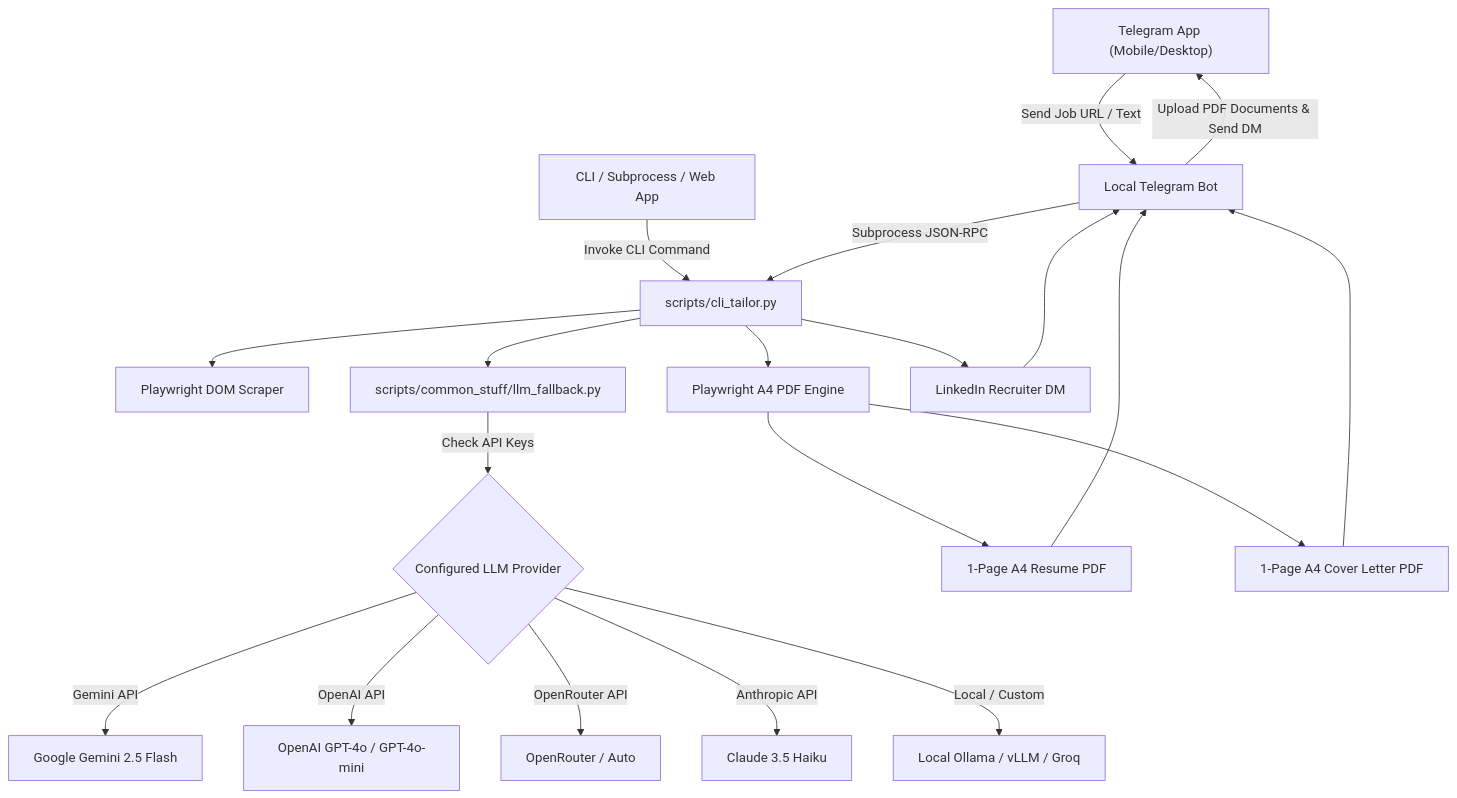
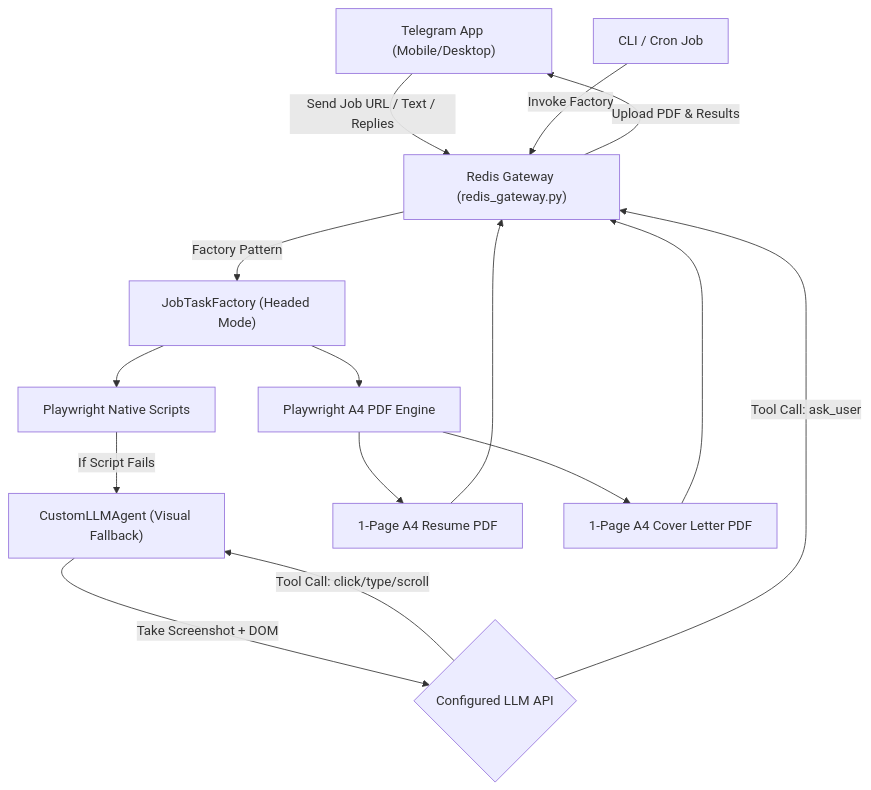
The diagram in README.md (ankur2753/jobHunt), drawn with Mermaid before and after one commit. The commit also changed other lines of this file and 23 other files, not shown here.

````diff
--- a/README.md
+++ b/README.md
@@ -27,29 +36,24 @@
 ```mermaid
 graph TD
-    UserTelegram["Telegram App (Mobile/Desktop)"] -->|Send Job URL / Text| BotHandler["Local Telegram Bot"]
-    CLIUser["CLI / Subprocess / Web App"] -->|Invoke CLI Command| CLI_Engine["scripts/cli_tailor.py"]
+    UserTelegram["Telegram App (Mobile/Desktop)"] -->|Send Job URL / Text / Replies| RedisGateway["Redis Gateway (redis_gateway.py)"]
+    CLIUser["CLI / Cron Job"] -->|Invoke Factory| RedisGateway
     
-    BotHandler -->|Subprocess JSON-RPC| CLI_Engine
+    RedisGateway -->|Factory Pattern| ApplyTask["JobTaskFactory (Headed Mode)"]
     
-    CLI_Engine --> Scraper["Playwright DOM Scraper"]
-    CLI_Engine --> LLMFallback["scripts/common_stuff/llm_fallback.py"]
+    ApplyTask --> Scraper["Playwright Native Scripts"]
+    Scraper -->|If Script Fails| CustomLLMAgent["CustomLLMAgent (Visual Fallback)"]
     
-    LLMFallback -->|Check API Keys| LLMProvider{"Configured LLM Provider"}
-    LLMProvider -->|Gemini API| Gemini["Google Gemini 2.5 Flash"]
-    LLMProvider -->|OpenAI API| OpenAI["OpenAI GPT-4o / GPT-4o-mini"]
-    LLMProvider -->|OpenRouter API| OpenRouter["OpenRouter / Auto"]
-    LLMProvider -->|Anthropic API| Anthropic["Claude 3.5 Haiku"]
-    LLMProvider -->|Local / Custom| Generic["Local Ollama / vLLM / Groq"]
+    CustomLLMAgent -->|Take Screenshot + DOM| LLMProvider{"Configured LLM API"}
+    LLMProvider -->|Tool Call: click/type/scroll| CustomLLMAgent
+    LLMProvider -->|Tool Call: ask_user| RedisGateway
     
-    CLI_Engine --> PDFBuilder["Playwright A4 PDF Engine"]
+    ApplyTask --> PDFBuilder["Playwright A4 PDF Engine"]
     
     PDFBuilder --> ResumePDF["1-Page A4 Resume PDF"]
     PDFBuilder --> CoverPDF["1-Page A4 Cover Letter PDF"]
-    CLI_Engine --> OutreachDM["LinkedIn Recruiter DM"]
     
-    ResumePDF --> BotHandler
-    CoverPDF --> BotHandler
-    OutreachDM --> BotHandler
+    ResumePDF --> RedisGateway
+    CoverPDF --> RedisGateway
     
-    BotHandler -->|Upload PDF Documents & Send DM| UserTelegram
+    RedisGateway -->|Upload PDF & Results| UserTelegram
 ```
````
